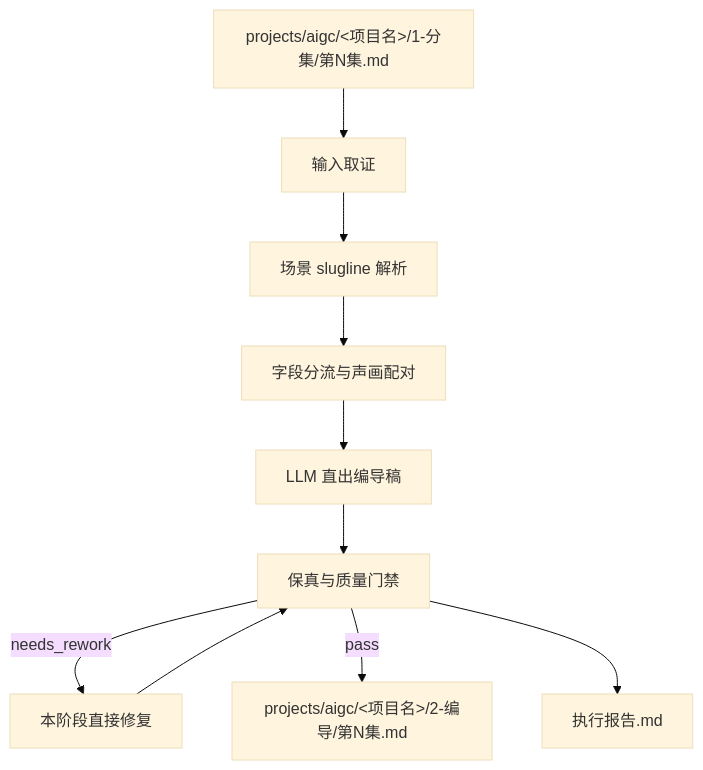
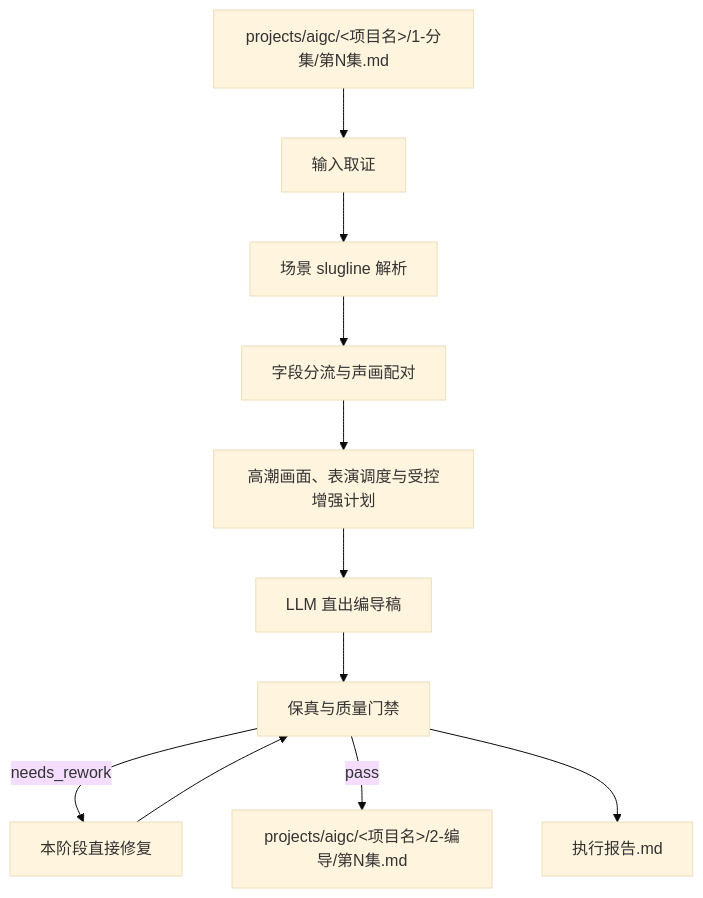
The first of 2 diagrams in .agents/skills/aigc/2-编导/SKILL.md (ZEN-VOID/AI-CUT), drawn with Mermaid (base theme) before and after one commit. The commit also changed other lines of this file and 122 other files, not shown here.

````diff
--- a/.agents/skills/aigc/2-编导/SKILL.md
+++ b/.agents/skills/aigc/2-编导/SKILL.md
@@ -158,12 +170,13 @@
 ```mermaid
 flowchart TD
     A["projects/aigc/<项目名>/1-分集/第N集.md"] --> B["输入取证"]
     B --> C["场景 slugline 解析"]
     C --> D["字段分流与声画配对"]
-    D --> E["LLM 直出编导稿"]
+    D --> P["高潮画面、表演调度与受控增强计划"]
+    P --> E["LLM 直出编导稿"]
     E --> F["保真与质量门禁"]
     F -->|"needs_rework"| R["本阶段直接修复"]
     R --> F
     F -->|"pass"| G["projects/aigc/<项目名>/2-编导/第N集.md"]
     F --> H["执行报告.md"]
 ```
````
